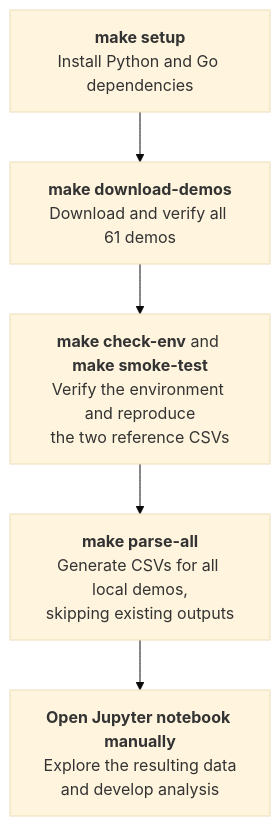
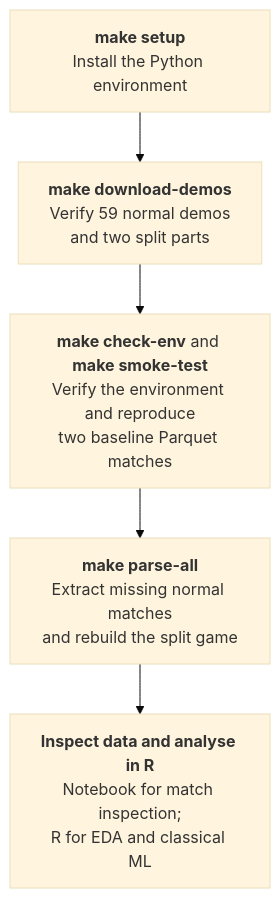
One commit to 00riddle00/cs2-rop changed the diagram in README.md. Above: the diagram before and after it, drawn with Mermaid (base theme). The commit also changed other lines of this file, not shown here.

First line of the commit message:
Document the Awpy extraction pipeline and downstream R analysis.

````diff
--- a/README.md
+++ b/README.md
@@ -76,10 +90,10 @@
 ```mermaid
 flowchart TD
-    A["<b>make setup</b><br/>Install Python and Go dependencies"]
-    B["<b>make download-demos</b><br/>Download and verify all 61 demos"]
-    C["<b>make check-env</b> and <b>make smoke-test</b><br/>Verify the environment and reproduce<br/>the two reference CSVs"]
-    D["<b>make parse-all</b><br/>Generate CSVs for all local demos,<br/>skipping existing outputs"]
-    E["<b>Open Jupyter notebook manually</b><br/>Explore the resulting data<br/>and develop analysis"]
+    A["<b>make setup</b><br/>Install the Python environment"]
+    B["<b>make download-demos</b><br/>Verify 59 normal demos<br/>and two split parts"]
+    C["<b>make check-env</b> and <b>make smoke-test</b><br/>Verify the environment and reproduce<br/>two baseline Parquet matches"]
+    D["<b>make parse-all</b><br/>Extract missing normal matches<br/>and rebuild the split game"]
+    E["<b>Inspect data and analyse in R</b><br/>Notebook for match inspection;<br/>R for EDA and classical ML"]
 
     A --> B --> C --> D --> E
 ```
````
